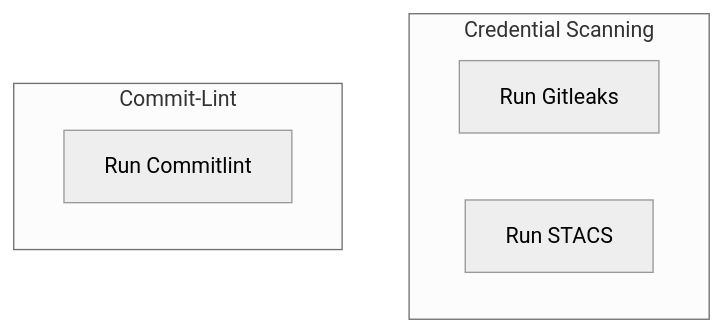
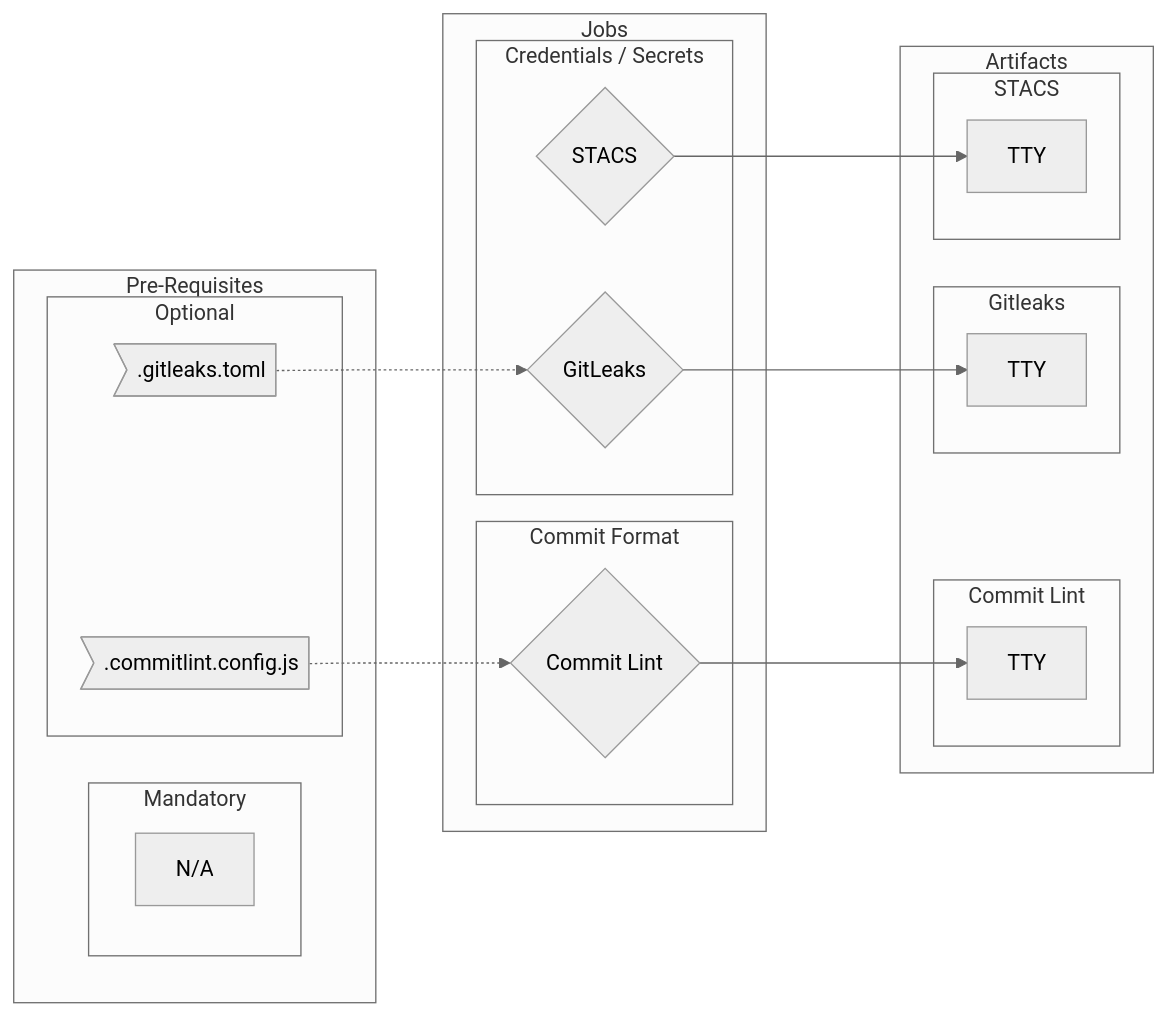
One commit to erzz/workflows changed the diagram in docs/source-protection/README.md. Above: the diagram before and after it, drawn with Mermaid. The commit also changed 2 other files, not shown here.

Commit message:
docs: improve workflow diagrams

````diff
--- a/docs/source-protection/README.md
+++ b/docs/source-protection/README.md
@@ -16,11 +16,43 @@
 ```mermaid
 %%{init: {'theme': 'neutral'}}%%
-flowchart TD
-  subgraph Credential Scanning
-    gitleaks["Run Gitleaks"]
-    stacs["Run STACS"]
+
+flowchart LR
+  subgraph Pre-Requisites
+    subgraph Mandatory
+      N/A
+    end
+    subgraph Optional
+      gitleaks-toml>".gitleaks.toml"]
+      commitlint-js>".commitlint.config.js"]
+    end
   end
-  subgraph Commit-Lint
-    commitlint["Run Commitlint"]
+  subgraph Jobs
+    subgraph Credentials / Secrets
+      gitleaks{"GitLeaks"}
+      stacs{"STACS"}
+    end
+    subgraph Commit Format
+      commitlint{"Commit Lint"}
+    end
   end
+  subgraph Artifacts
+    subgraph Commit Lint
+      commit-lint-tty["TTY"]
+    end
+    subgraph Gitleaks
+      gitleaks-tty["TTY"]
+    end
+    subgraph STACS
+      stacs-tty["TTY"]
+    end
+  end
+
+  %% dependencies -> Jobs
+  gitleaks-toml-.->gitleaks
+  commitlint-js-.->commitlint
+
+  %% Jobs -> Artifacts
+  commitlint--->commit-lint-tty
+  gitleaks--->gitleaks-tty
+  stacs--->stacs-tty
 ```
````
